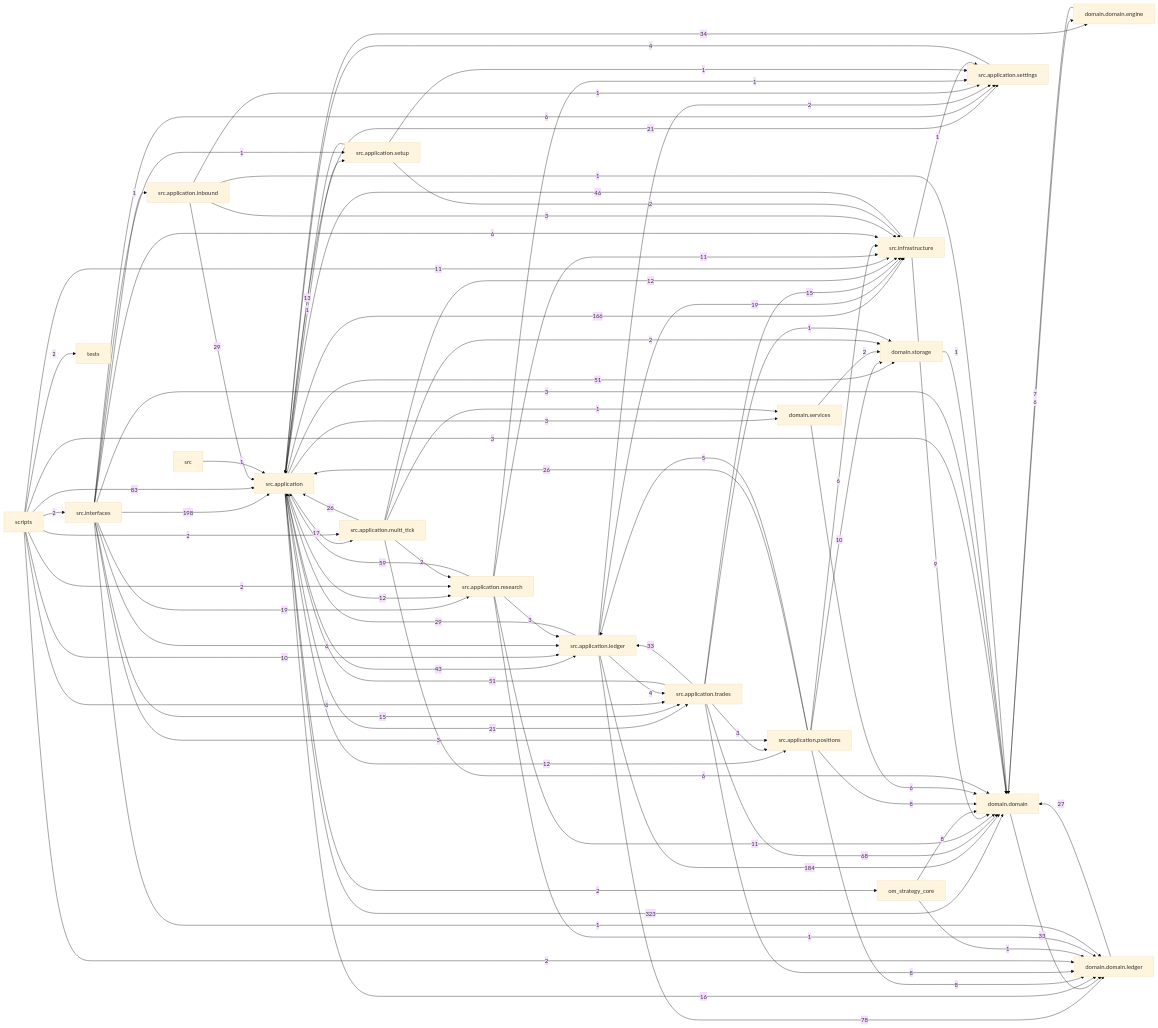
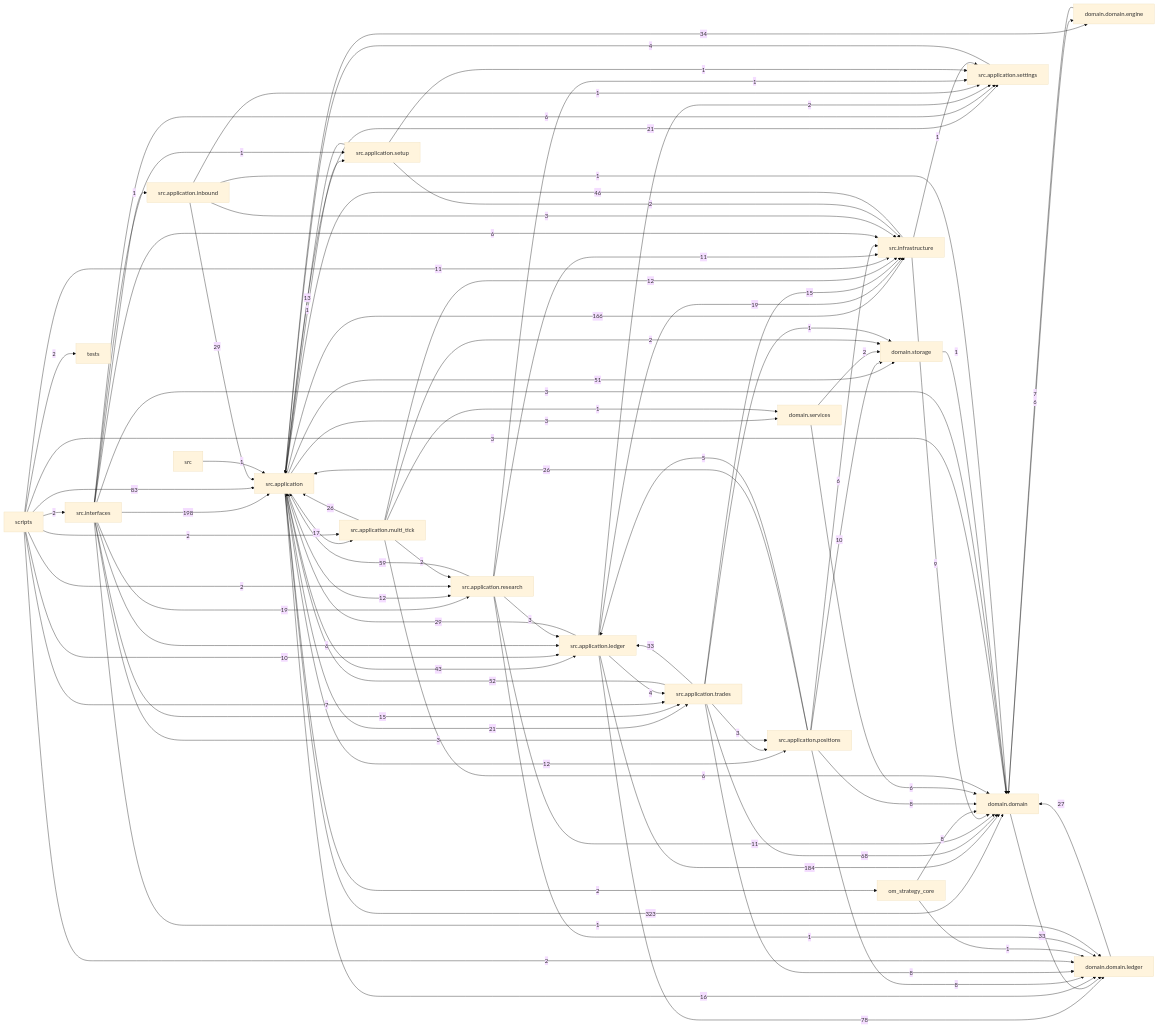
Before and after one commit to liuxie066/options-monitor: the diagram in docs/dependency_graph.mmd, drawn with Mermaid (base theme). The commit also changed 10 other files, not shown here.

```diff
--- a/docs/dependency_graph.mmd
+++ b/docs/dependency_graph.mmd
@@ -1,88 +1,88 @@
 flowchart LR
   src_application["src.application"] -->|323| domain_domain["domain.domain"]
   src_interfaces["src.interfaces"] -->|198| src_application["src.application"]
   src_application_ledger["src.application.ledger"] -->|184| domain_domain["domain.domain"]
   src_application["src.application"] -->|166| src_infrastructure["src.infrastructure"]
   scripts["scripts"] -->|83| src_application["src.application"]
   src_application_ledger["src.application.ledger"] -->|78| domain_domain_ledger["domain.domain.ledger"]
   src_application_trades["src.application.trades"] -->|68| domain_domain["domain.domain"]
   src_application_research["src.application.research"] -->|59| src_application["src.application"]
+  src_application_trades["src.application.trades"] -->|52| src_application["src.application"]
   src_application["src.application"] -->|51| domain_storage["domain.storage"]
-  src_application_trades["src.application.trades"] -->|51| src_application["src.application"]
   src_infrastructure["src.infrastructure"] -->|46| src_application["src.application"]
   src_application["src.application"] -->|43| src_application_ledger["src.application.ledger"]
   src_application["src.application"] -->|34| domain_domain_engine["domain.domain.engine"]
   domain_domain["domain.domain"] -->|33| domain_domain_ledger["domain.domain.ledger"]
   src_application_trades["src.application.trades"] -->|33| src_application_ledger["src.application.ledger"]
   src_application_inbound["src.application.inbound"] -->|29| src_application["src.application"]
   src_application_ledger["src.application.ledger"] -->|29| src_application["src.application"]
   domain_domain_ledger["domain.domain.ledger"] -->|27| domain_domain["domain.domain"]
   src_application_multi_tick["src.application.multi_tick"] -->|26| src_application["src.application"]
   src_application_positions["src.application.positions"] -->|26| src_application["src.application"]
   src_application["src.application"] -->|21| src_application_settings["src.application.settings"]
   src_application["src.application"] -->|21| src_application_trades["src.application.trades"]
   src_application_ledger["src.application.ledger"] -->|19| src_infrastructure["src.infrastructure"]
   src_interfaces["src.interfaces"] -->|19| src_application_research["src.application.research"]
   src_application["src.application"] -->|17| src_application_multi_tick["src.application.multi_tick"]
   src_application["src.application"] -->|16| domain_domain_ledger["domain.domain.ledger"]
   src_application_trades["src.application.trades"] -->|15| src_infrastructure["src.infrastructure"]
   src_interfaces["src.interfaces"] -->|15| src_application_trades["src.application.trades"]
   src_application_setup["src.application.setup"] -->|13| src_application["src.application"]
   src_application["src.application"] -->|12| src_application_positions["src.application.positions"]
   src_application["src.application"] -->|12| src_application_research["src.application.research"]
   src_application_multi_tick["src.application.multi_tick"] -->|12| src_infrastructure["src.infrastructure"]
   scripts["scripts"] -->|11| src_infrastructure["src.infrastructure"]
   src_application_research["src.application.research"] -->|11| domain_domain["domain.domain"]
   src_application_research["src.application.research"] -->|11| src_infrastructure["src.infrastructure"]
   scripts["scripts"] -->|10| src_application_ledger["src.application.ledger"]
   src_application_positions["src.application.positions"] -->|10| domain_storage["domain.storage"]
   src_infrastructure["src.infrastructure"] -->|9| domain_domain["domain.domain"]
   om_strategy_core["om_strategy_core"] -->|8| domain_domain["domain.domain"]
   src_application_positions["src.application.positions"] -->|8| domain_domain["domain.domain"]
   src_application_positions["src.application.positions"] -->|8| domain_domain_ledger["domain.domain.ledger"]
   src_application_trades["src.application.trades"] -->|8| domain_domain_ledger["domain.domain.ledger"]
   domain_domain_engine["domain.domain.engine"] -->|7| domain_domain["domain.domain"]
+  scripts["scripts"] -->|7| src_application_trades["src.application.trades"]
   domain_domain["domain.domain"] -->|6| domain_domain_engine["domain.domain.engine"]
   domain_services["domain.services"] -->|6| domain_domain["domain.domain"]
-  scripts["scripts"] -->|6| src_application_trades["src.application.trades"]
   src_application_multi_tick["src.application.multi_tick"] -->|6| domain_domain["domain.domain"]
   src_application_positions["src.application.positions"] -->|6| src_infrastructure["src.infrastructure"]
   src_interfaces["src.interfaces"] -->|6| src_application_ledger["src.application.ledger"]
   src_interfaces["src.interfaces"] -->|6| src_application_settings["src.application.settings"]
   src_interfaces["src.interfaces"] -->|6| src_infrastructure["src.infrastructure"]
   src_application_positions["src.application.positions"] -->|5| src_application_ledger["src.application.ledger"]
   src_application_ledger["src.application.ledger"] -->|4| src_application_trades["src.application.trades"]
   src_application_settings["src.application.settings"] -->|4| src_application["src.application"]
   scripts["scripts"] -->|3| domain_domain["domain.domain"]
   src_application["src.application"] -->|3| domain_services["domain.services"]
   src_application_inbound["src.application.inbound"] -->|3| src_infrastructure["src.infrastructure"]
   src_application_research["src.application.research"] -->|3| src_application_ledger["src.application.ledger"]
   src_application_trades["src.application.trades"] -->|3| src_application_positions["src.application.positions"]
   src_interfaces["src.interfaces"] -->|3| domain_domain["domain.domain"]
   src_interfaces["src.interfaces"] -->|3| src_application_positions["src.application.positions"]
   domain_services["domain.services"] -->|2| domain_storage["domain.storage"]
   scripts["scripts"] -->|2| domain_domain_ledger["domain.domain.ledger"]
   scripts["scripts"] -->|2| src_application_multi_tick["src.application.multi_tick"]
   scripts["scripts"] -->|2| src_application_research["src.application.research"]
   scripts["scripts"] -->|2| src_interfaces["src.interfaces"]
   scripts["scripts"] -->|2| tests["tests"]
   src_application["src.application"] -->|2| om_strategy_core["om_strategy_core"]
   src_application_ledger["src.application.ledger"] -->|2| src_application_settings["src.application.settings"]
   src_application_multi_tick["src.application.multi_tick"] -->|2| domain_storage["domain.storage"]
   src_application_multi_tick["src.application.multi_tick"] -->|2| src_application_research["src.application.research"]
   src_application_setup["src.application.setup"] -->|2| src_infrastructure["src.infrastructure"]
   domain_storage["domain.storage"] -->|1| domain_domain["domain.domain"]
   om_strategy_core["om_strategy_core"] -->|1| domain_domain_ledger["domain.domain.ledger"]
   src["src"] -->|1| src_application["src.application"]
   src_application["src.application"] -->|1| src_application_setup["src.application.setup"]
   src_application_inbound["src.application.inbound"] -->|1| domain_domain["domain.domain"]
   src_application_inbound["src.application.inbound"] -->|1| src_application_settings["src.application.settings"]
   src_application_multi_tick["src.application.multi_tick"] -->|1| domain_services["domain.services"]
   src_application_research["src.application.research"] -->|1| domain_domain_ledger["domain.domain.ledger"]
   src_application_research["src.application.research"] -->|1| src_application_settings["src.application.settings"]
   src_application_setup["src.application.setup"] -->|1| src_application_settings["src.application.settings"]
   src_application_trades["src.application.trades"] -->|1| domain_storage["domain.storage"]
   src_infrastructure["src.infrastructure"] -->|1| src_application_settings["src.application.settings"]
   src_interfaces["src.interfaces"] -->|1| domain_domain_ledger["domain.domain.ledger"]
   src_interfaces["src.interfaces"] -->|1| src_application_inbound["src.application.inbound"]
   src_interfaces["src.interfaces"] -->|1| src_application_setup["src.application.setup"]
```
